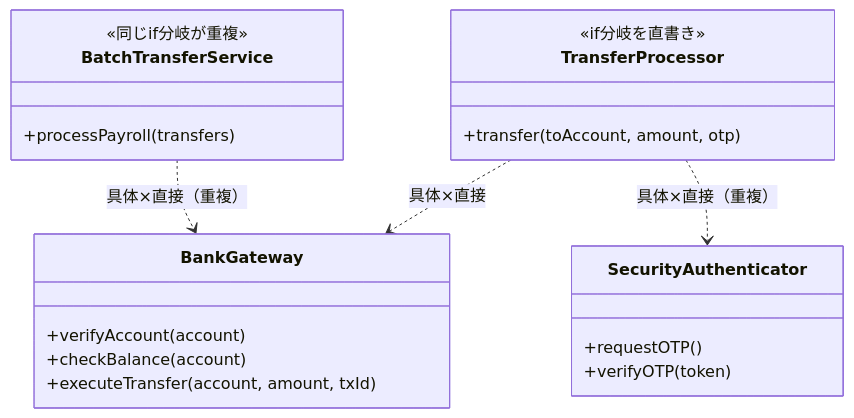
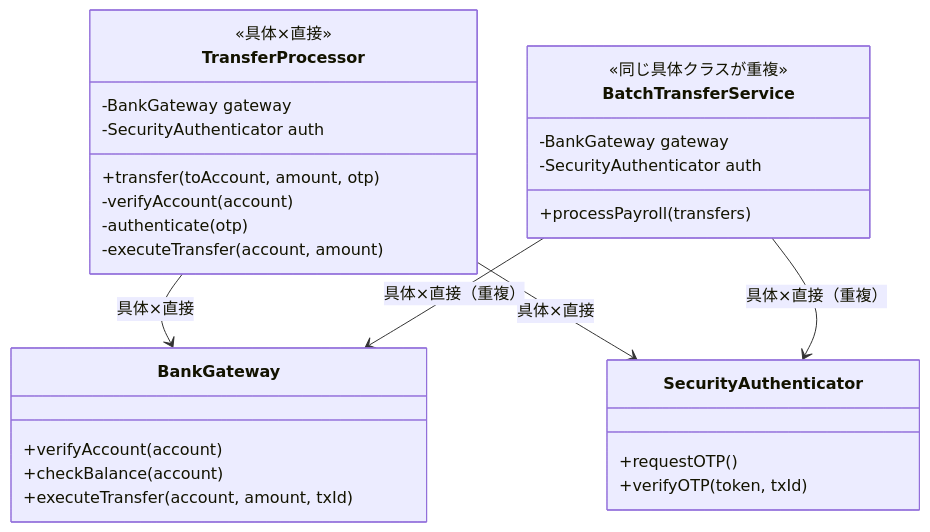
The fourth of 11 diagrams in kindle/design-patterns/output/chapter02.md (kumachan1101-pixel/DesignPattern), drawn with Mermaid before and after one commit. The commit also changed other lines of this file and 1 other file, not shown here.

````diff
--- a/kindle/design-patterns/output/chapter02.md
+++ b/kindle/design-patterns/output/chapter02.md
@@ -540,23 +508,31 @@
 ```mermaid
 classDiagram
     class TransferProcessor {
-        <<if分岐を直書き>>
+        <<具体×直接>>
+        -BankGateway gateway
+        -SecurityAuthenticator auth
         +transfer(toAccount, amount, otp)
+        -verifyAccount(account)
+        -authenticate(otp)
+        -executeTransfer(account, amount)
     }
     class BatchTransferService {
-        <<同じif分岐が重複>>
+        <<同じ具体クラスが重複>>
+        -BankGateway gateway
+        -SecurityAuthenticator auth
         +processPayroll(transfers)
     }
     class BankGateway {
         +verifyAccount(account)
         +checkBalance(account)
         +executeTransfer(account, amount, txId)
     }
     class SecurityAuthenticator {
         +requestOTP()
-        +verifyOTP(token)
+        +verifyOTP(token, txId)
     }
-    TransferProcessor ..> BankGateway : 具体×直接
-    TransferProcessor ..> SecurityAuthenticator : 具体×直接（重複）
-    BatchTransferService ..> BankGateway : 具体×直接（重複）
+    TransferProcessor --> BankGateway : 具体×直接
+    TransferProcessor --> SecurityAuthenticator : 具体×直接
+    BatchTransferService --> BankGateway : 具体×直接（重複）
+    BatchTransferService --> SecurityAuthenticator : 具体×直接（重複）
 ```
````
